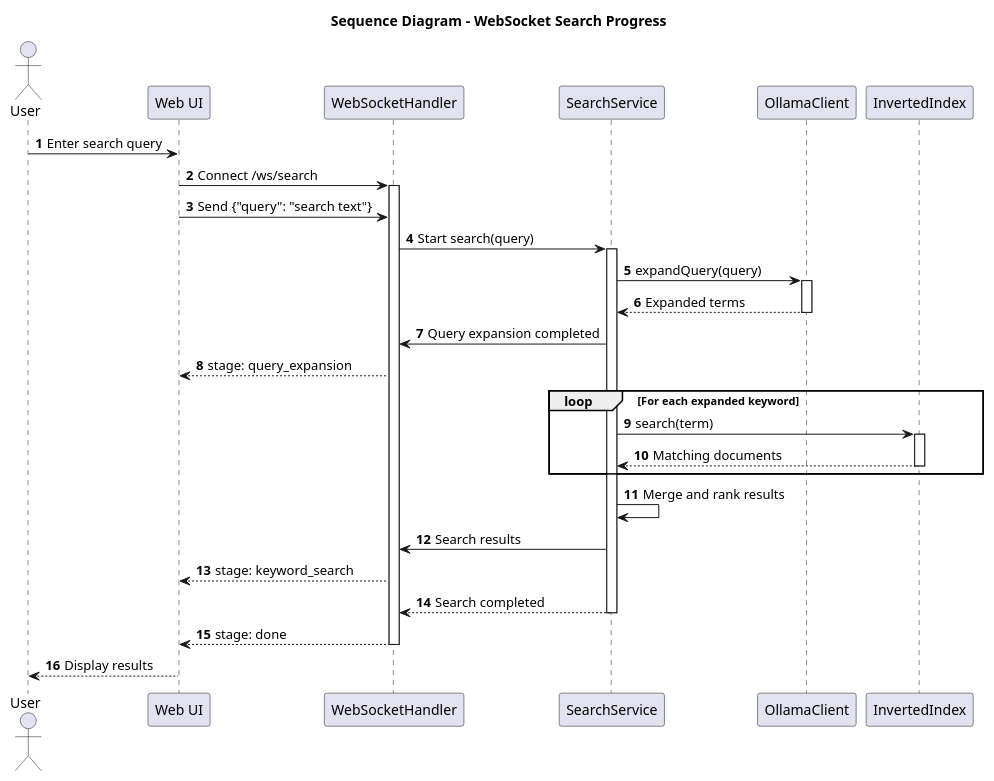
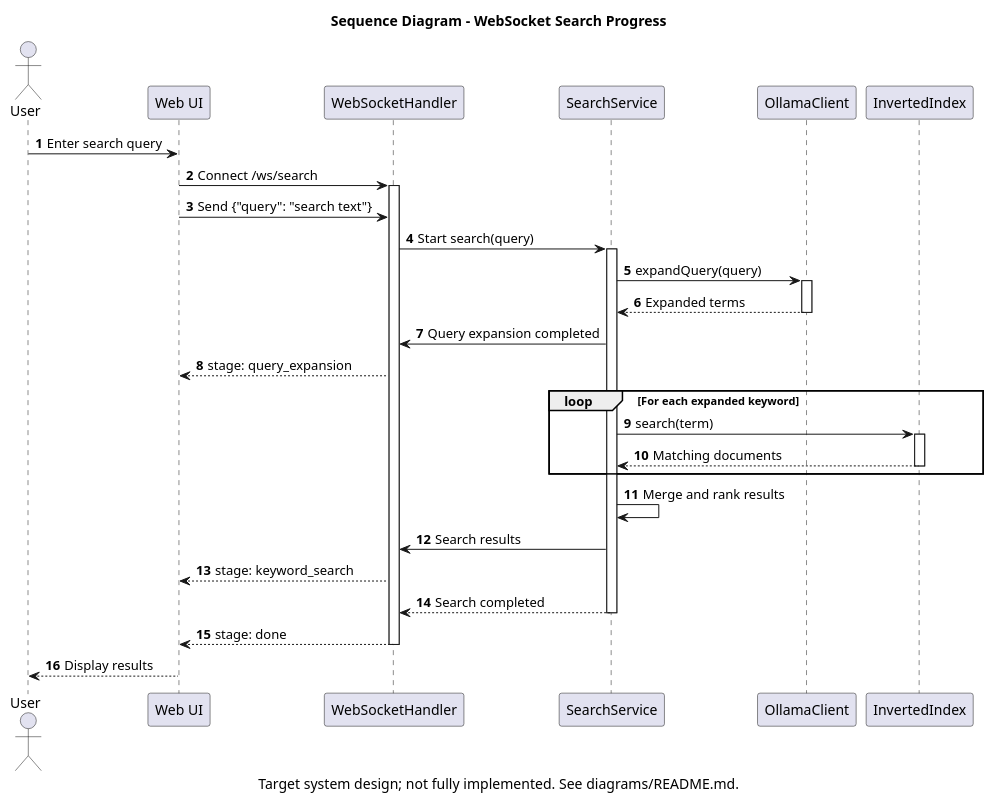
Before and after one commit to bebroidrur/Coursework_Parallel_Computing: the diagram in diagrams/sequence_webSocket_Search_progress.puml, drawn with PlantUML. The commit also changed 153 other files, not shown here.

```diff
--- a/diagrams/sequence_webSocket_Search_progress.puml
+++ b/diagrams/sequence_webSocket_Search_progress.puml
@@ -1,51 +1,52 @@
 @startuml
+caption Target system design; not fully implemented. See diagrams/README.md.
 title Sequence Diagram - WebSocket Search Progress
 
 autonumber
 skinparam shadowing false
 
 actor User
 participant "Web UI" as UI
 participant "WebSocketHandler" as WS
 participant "SearchService" as Search
 participant "OllamaClient" as Ollama
 participant "InvertedIndex" as Index
 
 User -> UI: Enter search query
 UI -> WS: Connect /ws/search
 activate WS
 
 UI -> WS: Send {"query": "search text"}
 
 WS -> Search: Start search(query)
 activate Search
 
 Search -> Ollama: expandQuery(query)
 activate Ollama
 
 Ollama --> Search: Expanded terms
 deactivate Ollama
 
 Search -> WS: Query expansion completed
 WS --> UI: stage: query_expansion
 
 loop For each expanded keyword
     Search -> Index: search(term)
     activate Index
     Index --> Search: Matching documents
     deactivate Index
 end
 
 Search -> Search: Merge and rank results
 
 Search -> WS: Search results
 WS --> UI: stage: keyword_search
 
 Search --> WS: Search completed
 deactivate Search
 
 WS --> UI: stage: done
 deactivate WS
 
 UI --> User: Display results
 @enduml
```
